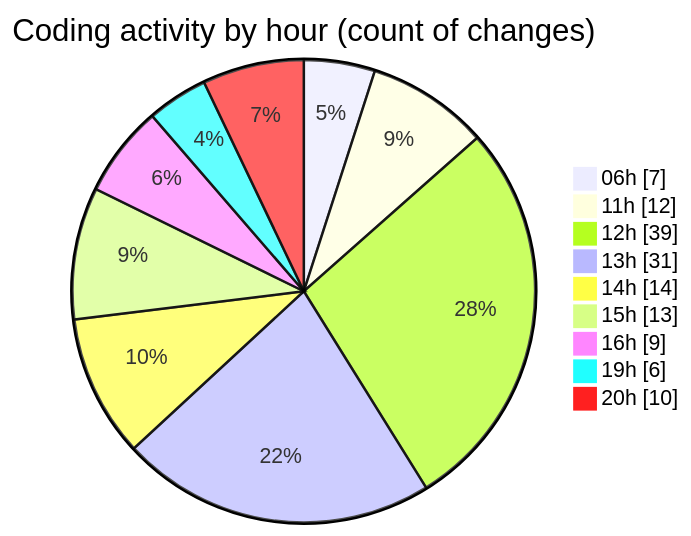
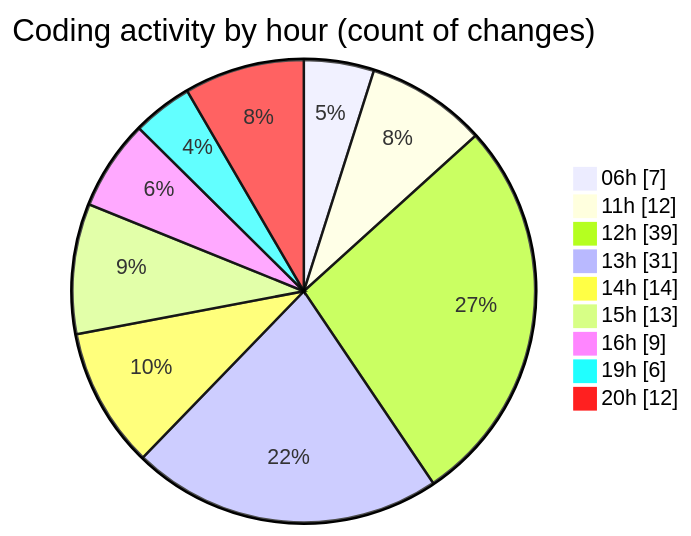
The second of 2 diagrams in 2025-07-14/ribbon/README.md (EIIisD/code-tracking), drawn with Mermaid before and after one commit. The commit also changed other lines of this file and 1 other file, not shown here.

````diff
--- a/2025-07-14/ribbon/README.md
+++ b/2025-07-14/ribbon/README.md
@@ -70,13 +70,13 @@
 ```mermaid
 pie showData
 title Coding activity by hour (count of changes)
 "06h" : 7
 "11h" : 12
 "12h" : 39
 "13h" : 31
 "14h" : 14
 "15h" : 13
 "16h" : 9
 "19h" : 6
-"20h" : 10
+"20h" : 12
 ```
````
